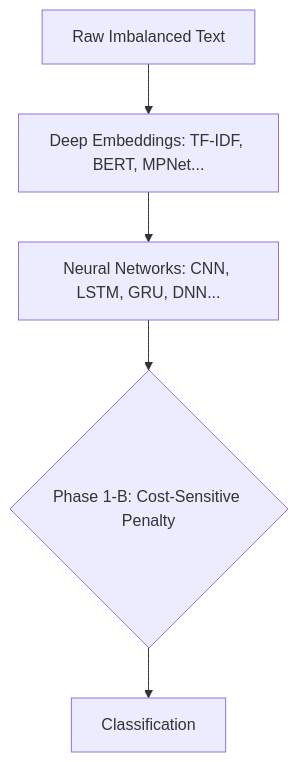
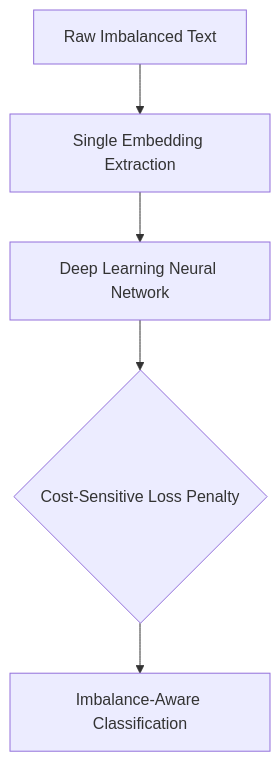
Before and after one commit to kfs1996/cost-sensitive-hybrid-nlp: the third of 8 diagrams in README.md, drawn with Mermaid. The commit also changed other lines of this file, not shown here.

````diff
--- a/README.md
+++ b/README.md
@@ -19,7 +46,7 @@
 ```mermaid
 graph TD
-   A[Raw Imbalanced Text] --> B[Deep Embeddings: TF-IDF, BERT, MPNet...]
-   B --> C[Neural Networks: CNN, LSTM, GRU, DNN...]
-   C --> D{Phase 1-B: Cost-Sensitive Penalty}
-   D --> E[Classification]
+   A[Raw Imbalanced Text] --> B[Single Embedding Extraction]
+   B --> C[Deep Learning Neural Network]
+   C --> D{Cost-Sensitive Loss Penalty}
+   D --> E[Imbalance-Aware Classification]
 ```
````
